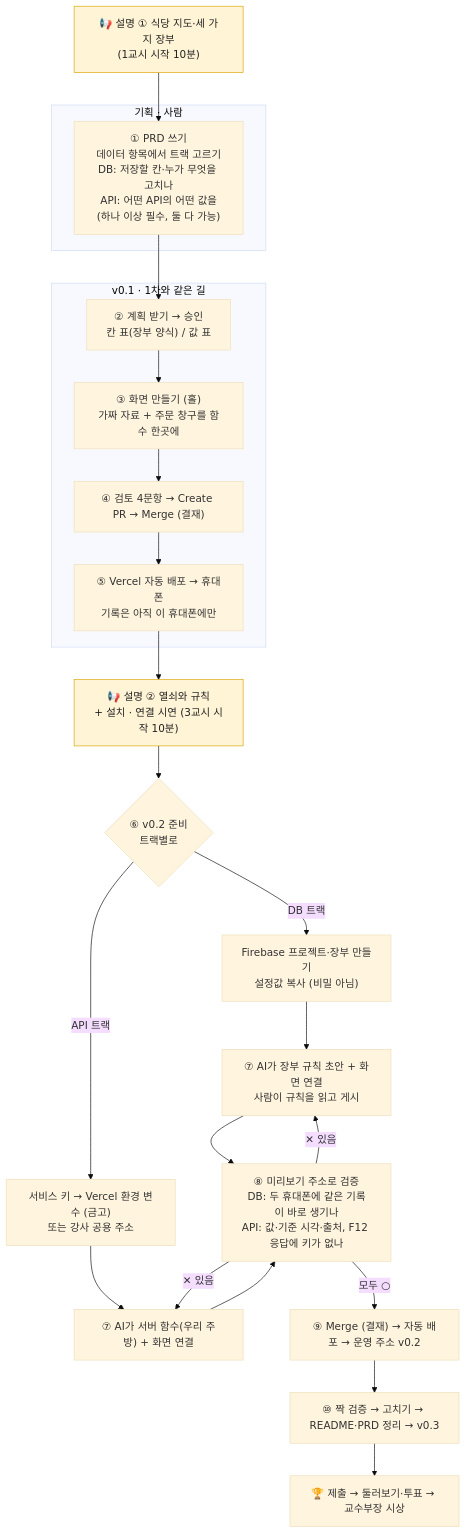
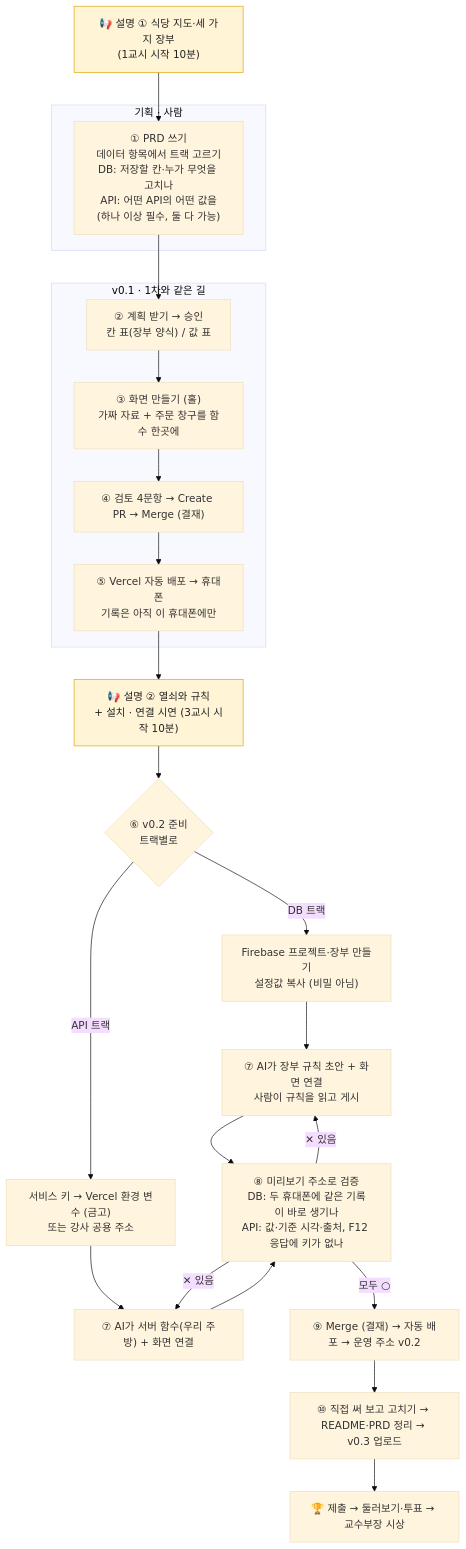
One commit to skydiver846/fire-ai-classroom changed the diagram in instructor/2차-흐름도.md. Above: the diagram before and after it, drawn with Mermaid (base theme). The commit also changed other lines of this file and 15 other files, not shown here.

````diff
--- a/instructor/2차-흐름도.md
+++ b/instructor/2차-흐름도.md
@@ -13,35 +13,35 @@
 ```mermaid
 flowchart TD
     S1["📢 설명 ① 식당 지도·세 가지 장부<br/>(1교시 시작 10분)"]:::talk
 
     subgraph P["기획 · 사람"]
       A["① PRD 쓰기<br/>데이터 항목에서 트랙 고르기<br/>DB: 저장할 칸·누가 무엇을 고치나<br/>API: 어떤 API의 어떤 값을<br/>(하나 이상 필수, 둘 다 가능)"]
     end
 
     subgraph V1["v0.1 · 1차와 같은 길"]
       B["② 계획 받기 → 승인<br/>칸 표(장부 양식) / 값 표"] --> C["③ 화면 만들기 (홀)<br/>가짜 자료 + 주문 창구를 함수 한곳에"]
       C --> D["④ 검토 4문항 → Create PR → Merge (결재)"]
       D --> E["⑤ Vercel 자동 배포 → 휴대폰<br/>기록은 아직 이 휴대폰에만"]
     end
 
     S1 --> A
     A --> B
     E --> S2["📢 설명 ② 열쇠와 규칙<br/>+ 설치 · 연결 시연 (3교시 시작 10분)"]:::talk
     S2 --> F{"⑥ v0.2 준비<br/>트랙별로"}
 
     F -->|"DB 트랙"| G1["Firebase 프로젝트·장부 만들기<br/>설정값 복사 (비밀 아님)"]
     F -->|"API 트랙"| H1["서비스 키 → Vercel 환경 변수 (금고)<br/>또는 강사 공용 주소"]
 
     G1 --> G2["⑦ AI가 장부 규칙 초안 + 화면 연결<br/>사람이 규칙을 읽고 게시"]
     H1 --> H2["⑦ AI가 서버 함수(우리 주방) + 화면 연결"]
 
     G2 --> I["⑧ 미리보기 주소로 검증<br/>DB: 두 휴대폰에 같은 기록이 바로 생기나<br/>API: 값·기준 시각·출처, F12 응답에 키가 없나"]
     H2 --> I
     I -->|"✕ 있음"| G2
     I -->|"✕ 있음"| H2
     I -->|"모두 ○"| J["⑨ Merge (결재) → 자동 배포 → 운영 주소 v0.2"]
-    J --> K["⑩ 짝 검증 → 고치기 → README·PRD 정리 → v0.3"]
+    J --> K["⑩ 직접 써 보고 고치기 → README·PRD 정리 → v0.3 업로드"]
     K --> L["🏆 제출 → 둘러보기·투표 → 교수부장 시상"]
 
     classDef talk fill:#fff4d6,stroke:#d9a400,color:#222;
 ```
````
